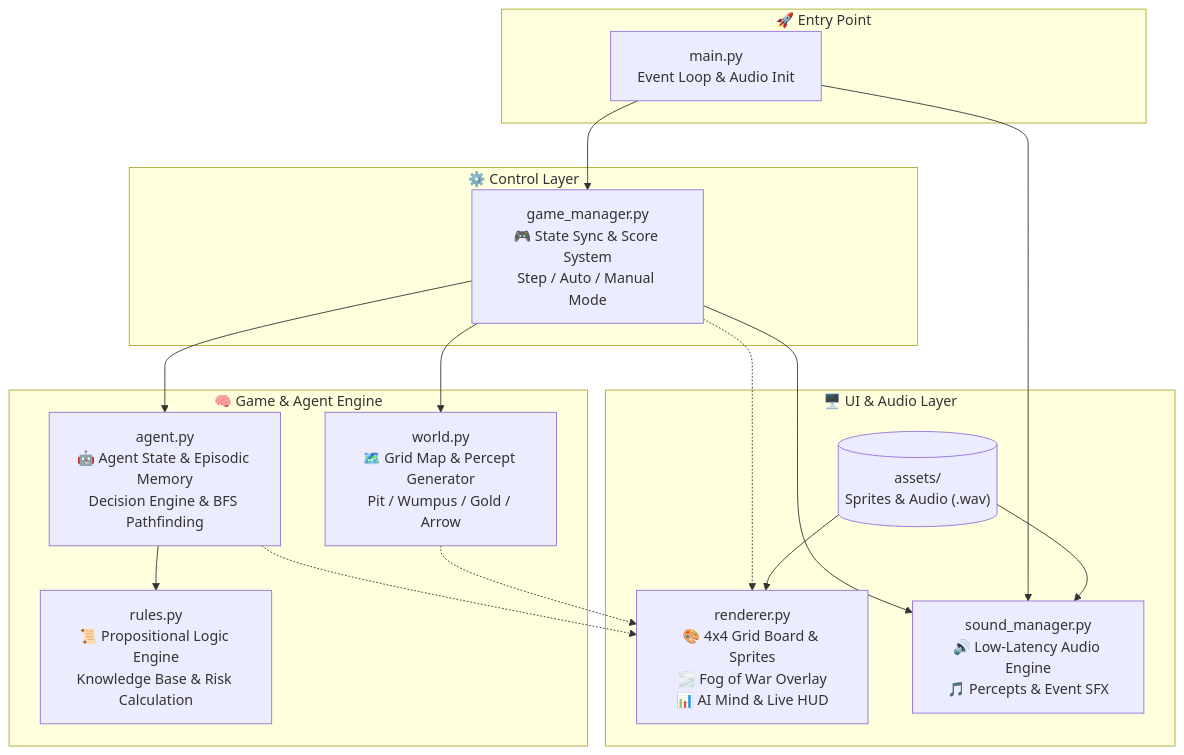
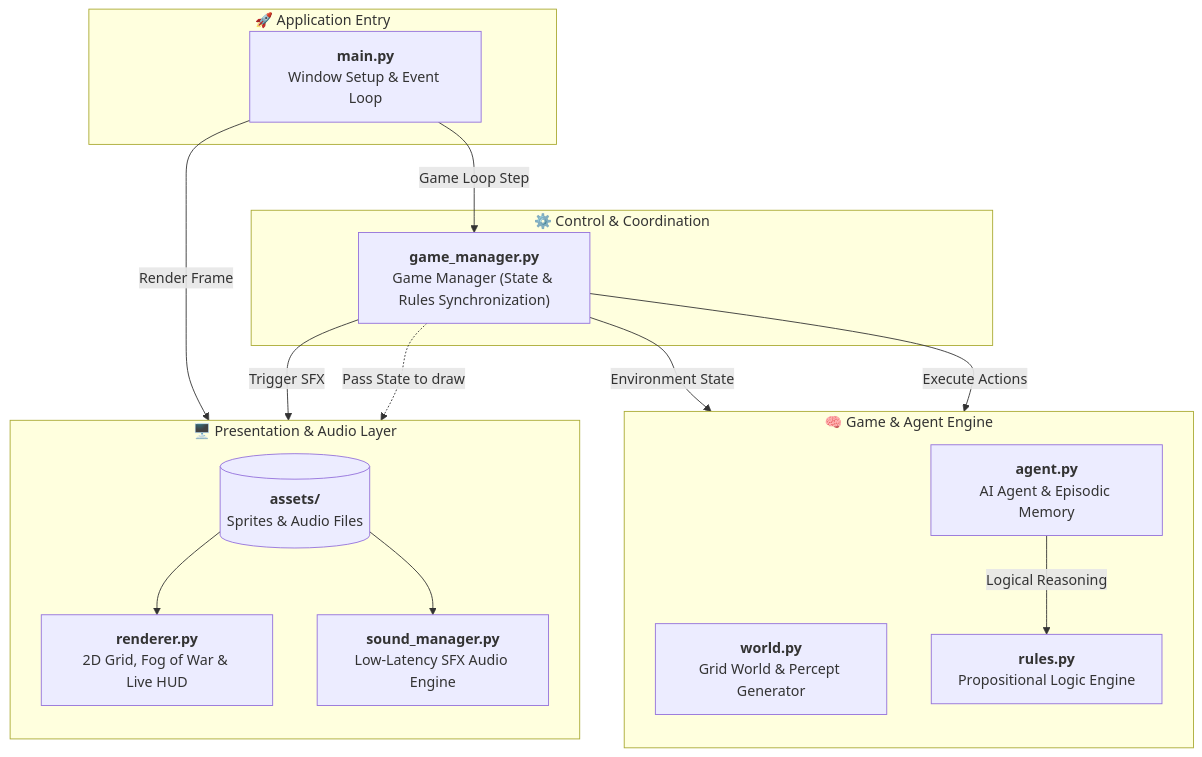
One commit to OnlyDev321/wumpus-world changed the first of 2 diagrams in README.md. Above: the diagram before and after it, drawn with Mermaid.

````diff
--- a/README.md
+++ b/README.md
@@ -44,34 +44,49 @@
 ```mermaid
 flowchart TD
-    subgraph UI_Audio_Layer["🖥️ UI & Audio Layer"]
-        Renderer["renderer.py<br/>🎨 4x4 Grid Board & Sprites<br/>🌫️ Fog of War Overlay<br/>📊 AI Mind & Live HUD"]
-        SoundMgr["sound_manager.py<br/>🔊 Low-Latency Audio Engine<br/>🎵 Percepts & Event SFX"]
-        Assets[("assets/<br/>Sprites & Audio (.wav)")]
+    %% -------------------------------------------------------------
+    %% TIER 1: ENTRY POINT
+    %% -------------------------------------------------------------
+    subgraph Entry["🚀 Application Entry"]
+        Main["<b>main.py</b><br/>Window Setup & Event Loop"]
+    end
+
+    %% -------------------------------------------------------------
+    %% TIER 2: CONTROL & COORDINATION
+    %% -------------------------------------------------------------
+    subgraph Control["⚙️ Control & Coordination"]
+        GM["<b>game_manager.py</b><br/>Game Manager (State & Rules Synchronization)"]
+    end
+
+    %% -------------------------------------------------------------
+    %% TIER 3: TWO BALANCED SUBSYSTEMS
+    %% -------------------------------------------------------------
+    subgraph Core_Game["🧠 Game & Agent Engine"]
+        direction TB
+        World["<b>world.py</b><br/>Grid World & Percept Generator"]
+        Agent["<b>agent.py</b><br/>AI Agent & Episodic Memory"]
+        Rules["<b>rules.py</b><br/>Propositional Logic Engine"]
+
+        Agent -->|Logical Reasoning| Rules
+    end
+
+    subgraph UI_Audio["🖥️ Presentation & Audio Layer"]
+        direction TB
+        Renderer["<b>renderer.py</b><br/>2D Grid, Fog of War & Live HUD"]
+        SoundMgr["<b>sound_manager.py</b><br/>Low-Latency SFX Audio Engine"]
+        Assets[("<b>assets/</b><br/>Sprites & Audio Files")]
+
         Assets --> Renderer
         Assets --> SoundMgr
     end
 
-    subgraph Entry["🚀 Entry Point"]
-        Main["main.py<br/>Event Loop & Audio Init"]
-    end
+    %% -------------------------------------------------------------
+    %% CLEAN HIERARCHICAL CONNECTIONS (NO CROSSING LINES)
+    %% -------------------------------------------------------------
+    Main -->|Game Loop Step| GM
+    Main -->|Render Frame| Renderer
 
-    subgraph Control_Layer["⚙️ Control Layer"]
-        GM["game_manager.py<br/>🎮 State Sync & Score System<br/>Step / Auto / Manual Mode"]
-    end
-
-    subgraph Core_Game["🧠 Game & Agent Engine"]
-        World["world.py<br/>🗺️ Grid Map & Percept Generator<br/>Pit / Wumpus / Gold / Arrow"]
-        Agent["agent.py<br/>🤖 Agent State & Episodic Memory<br/>Decision Engine & BFS Pathfinding"]
-        Rules["rules.py<br/>📜 Propositional Logic Engine<br/>Knowledge Base & Risk Calculation"]
-    end
-
-    Main --> GM
-    Main --> SoundMgr
-    GM --> World
-    GM --> Agent
-    GM --> SoundMgr
-    Agent --> Rules
-    GM -.-> Renderer
-    World -.-> Renderer
-    Agent -.-> Renderer
+    GM -->|Environment State| World
+    GM -->|Execute Actions| Agent
+    GM -->|Trigger SFX| SoundMgr
+    GM -.->|Pass State to draw| Renderer
 ```
````
